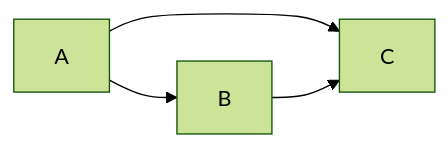
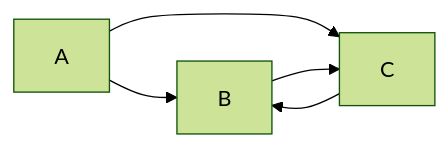
The diagram in MarkovToBayesianNetworkExample.md (justfetz/iit-cs-583-probabilistic-graphical-models-notes), drawn with Mermaid (forest theme) before and after one commit.

````diff
--- a/MarkovToBayesianNetworkExample.md
+++ b/MarkovToBayesianNetworkExample.md
@@ -11,6 +11,7 @@
 ```mermaid
 graph LR
     A --> B
     A --> C
     B --> C
+    C --> B
 ```
````
